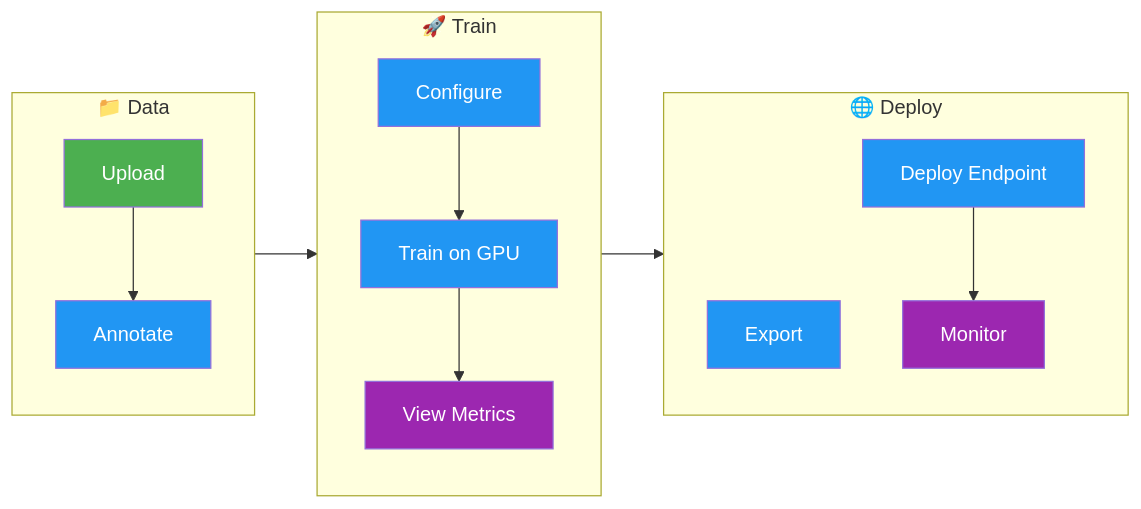
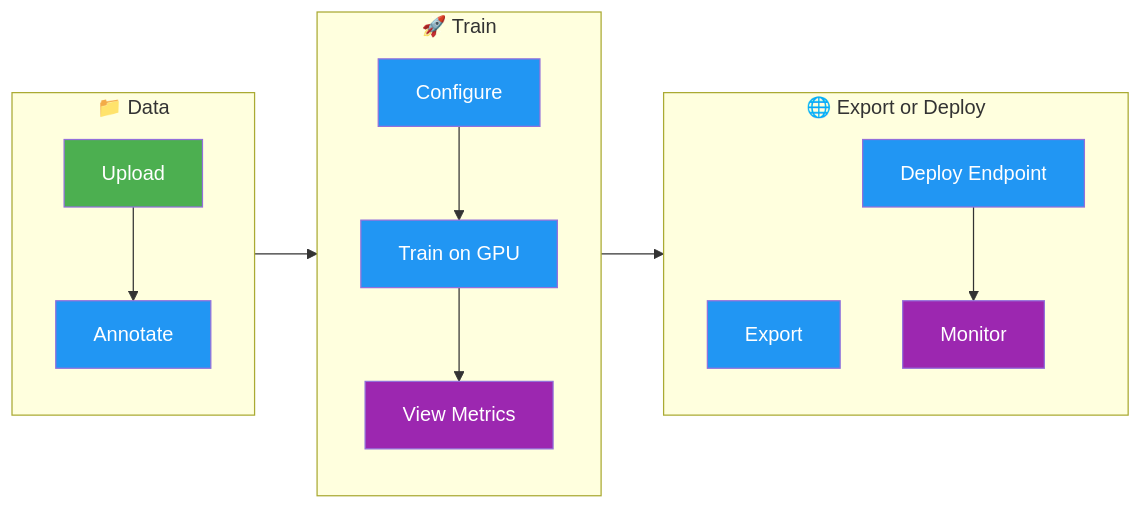
Before and after one commit to ultralytics/ultralytics: the first of 3 diagrams in docs/en/platform/index.md, drawn with Mermaid. The commit also changed 1 other file, not shown here.

Commit message:
show the model selection step and name the deploy stage alternatives

````diff
--- a/docs/en/platform/index.md
+++ b/docs/en/platform/index.md
@@ -22,19 +22,19 @@
 ```mermaid
 graph LR
     subgraph Data["📁 Data"]
         A[Upload]:::start --> B[Annotate]:::proc
     end
     subgraph Train["🚀 Train"]
         D[Configure]:::proc --> E[Train on GPU]:::proc
         E --> F[View Metrics]:::out
     end
-    subgraph Deploy["🌐 Deploy"]
+    subgraph Deploy["🌐 Export or Deploy"]
         G[Export]:::proc
         H[Deploy Endpoint]:::proc --> I[Monitor]:::out
     end
     Data --> Train --> Deploy
 
     classDef start fill:#4CAF50,color:#fff
     classDef proc fill:#2196F3,color:#fff
     classDef out fill:#9C27B0,color:#fff
 ```
````
